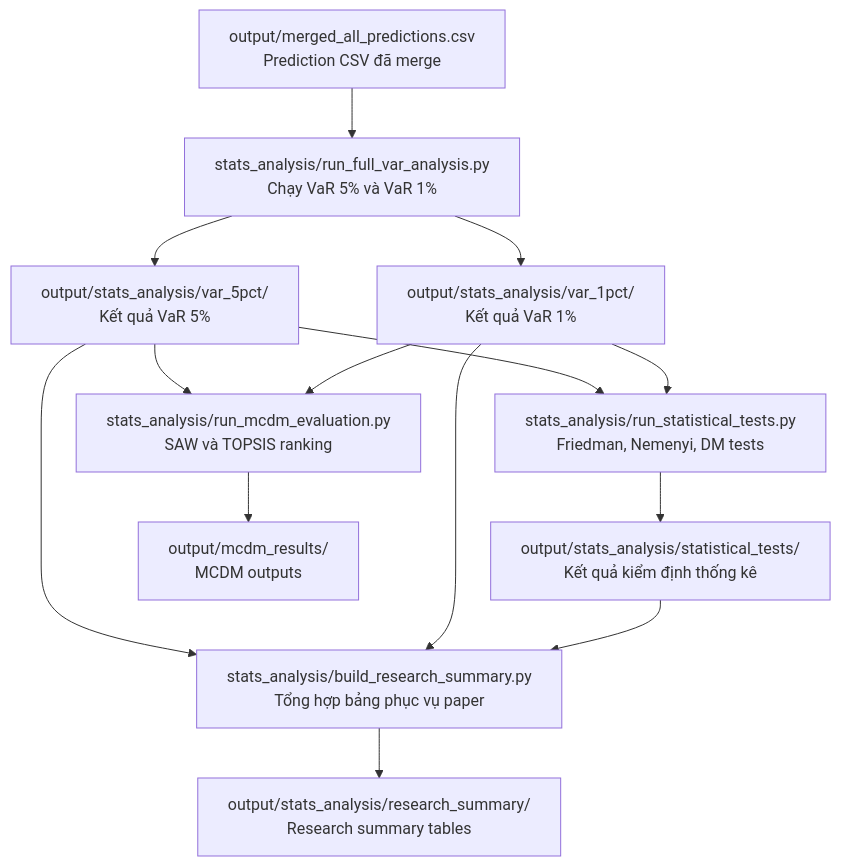
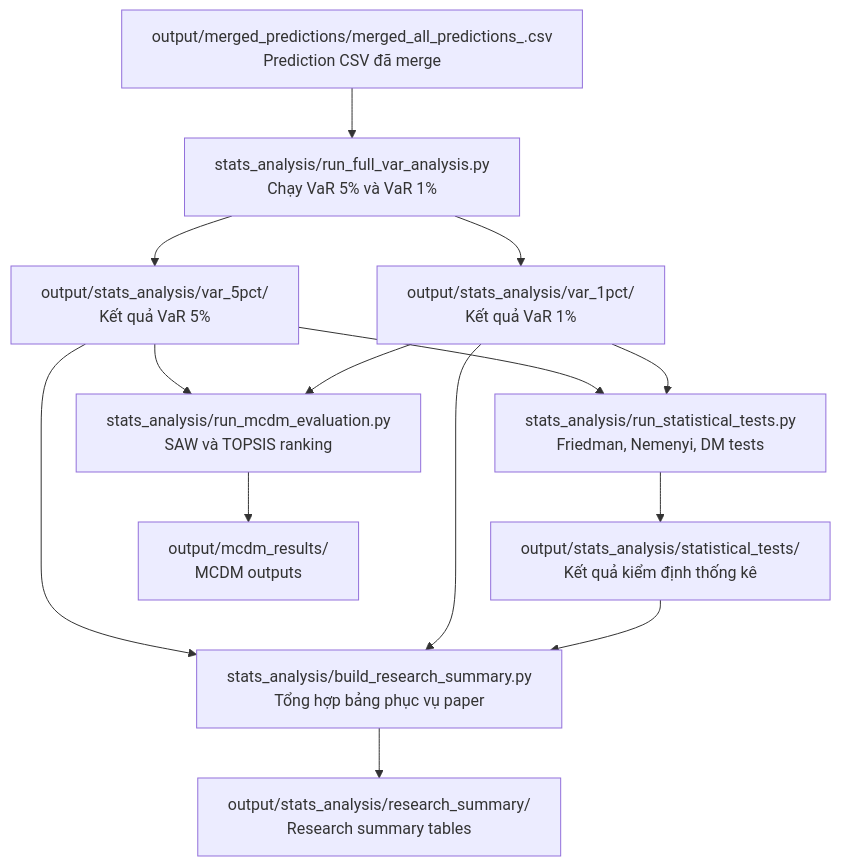
Before and after one commit to nhanbayern/1003_EPA-Project_UIT: the diagram in docs/main/StatsAnalysisPipelineVI.md, drawn with Mermaid. The commit also changed other lines of this file and 1 other file, not shown here.

Commit message:
feat(stats-analysis): support timestamped merged CSV inputs

````diff
--- a/docs/main/StatsAnalysisPipelineVI.md
+++ b/docs/main/StatsAnalysisPipelineVI.md
@@ -7,27 +7,27 @@
 ```mermaid
 flowchart TD
-    A["output/merged_all_predictions.csv<br/>Prediction CSV đã merge"]
+    A["output/merged_predictions/merged_all_predictions_<timestamp>.csv<br/>Prediction CSV đã merge"]
     B["stats_analysis/run_full_var_analysis.py<br/>Chạy VaR 5% và VaR 1%"]
     C["output/stats_analysis/var_5pct/<br/>Kết quả VaR 5%"]
     D["output/stats_analysis/var_1pct/<br/>Kết quả VaR 1%"]
     E["stats_analysis/run_statistical_tests.py<br/>Friedman, Nemenyi, DM tests"]
     F["output/stats_analysis/statistical_tests/<br/>Kết quả kiểm định thống kê"]
     G["stats_analysis/build_research_summary.py<br/>Tổng hợp bảng phục vụ paper"]
     H["output/stats_analysis/research_summary/<br/>Research summary tables"]
     I["stats_analysis/run_mcdm_evaluation.py<br/>SAW và TOPSIS ranking"]
     J["output/mcdm_results/<br/>MCDM outputs"]
 
     A --> B
     B --> C
     B --> D
     C --> E
     D --> E
     E --> F
     C --> G
     D --> G
     F --> G
     G --> H
     C --> I
     D --> I
     I --> J
 ```
````
